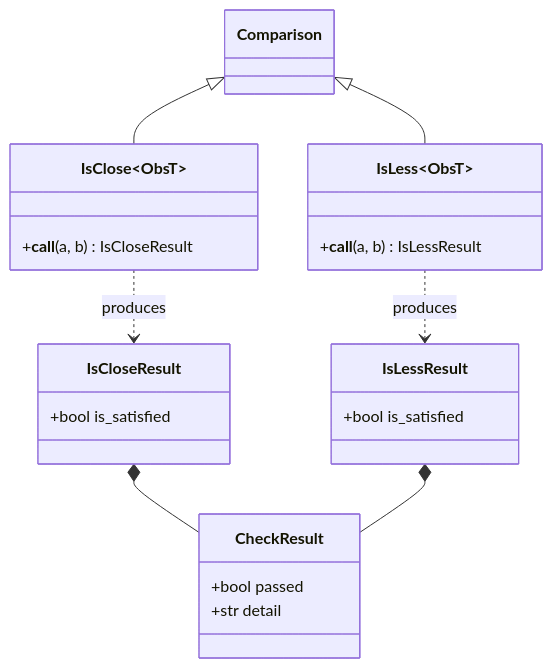
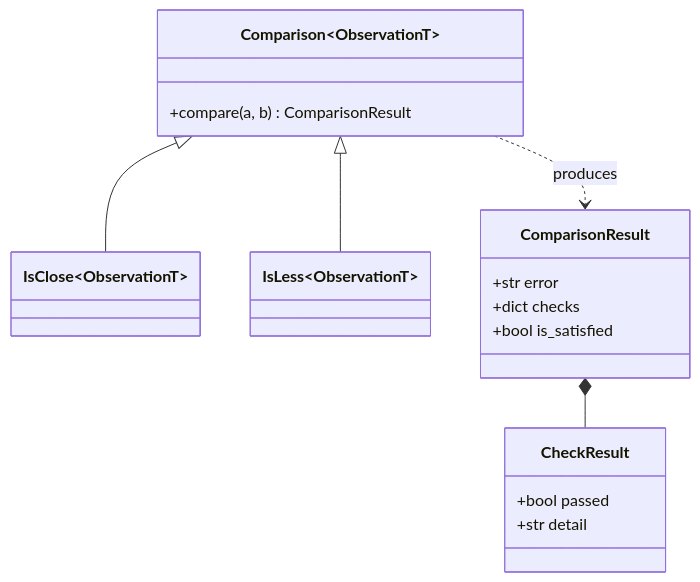
One commit to bmad-sim/pytao changed the second of 3 diagrams in docs/constraints/api/index.md. Above: the diagram before and after it, drawn with Mermaid. The commit also changed other lines of this file and 6 other files, not shown here.

````diff
--- a/docs/constraints/api/index.md
+++ b/docs/constraints/api/index.md
@@ -53,28 +60,23 @@
 ```mermaid
 classDiagram
-    class Comparison
-    class IsClose~ObsT~ {
-        +__call__(a, b) IsCloseResult
+    class Comparison~ObservationT~ {
+        +compare(a, b) ComparisonResult
     }
-    class IsLess~ObsT~ {
-        +__call__(a, b) IsLessResult
-    }
+    class IsClose~ObservationT~
+    class IsLess~ObservationT~
     Comparison <|-- IsClose
     Comparison <|-- IsLess
 
     class CheckResult {
         +bool passed
         +str detail
     }
-    class IsCloseResult {
-        +bool is_satisfied
-    }
-    class IsLessResult {
+    class ComparisonResult {
+        +str error
+        +dict checks
         +bool is_satisfied
     }
 
-    IsClose ..> IsCloseResult : produces
-    IsLess ..> IsLessResult : produces
-    IsCloseResult *-- CheckResult
-    IsLessResult *-- CheckResult
+    Comparison ..> ComparisonResult : produces
+    ComparisonResult *-- CheckResult
 ```
````
